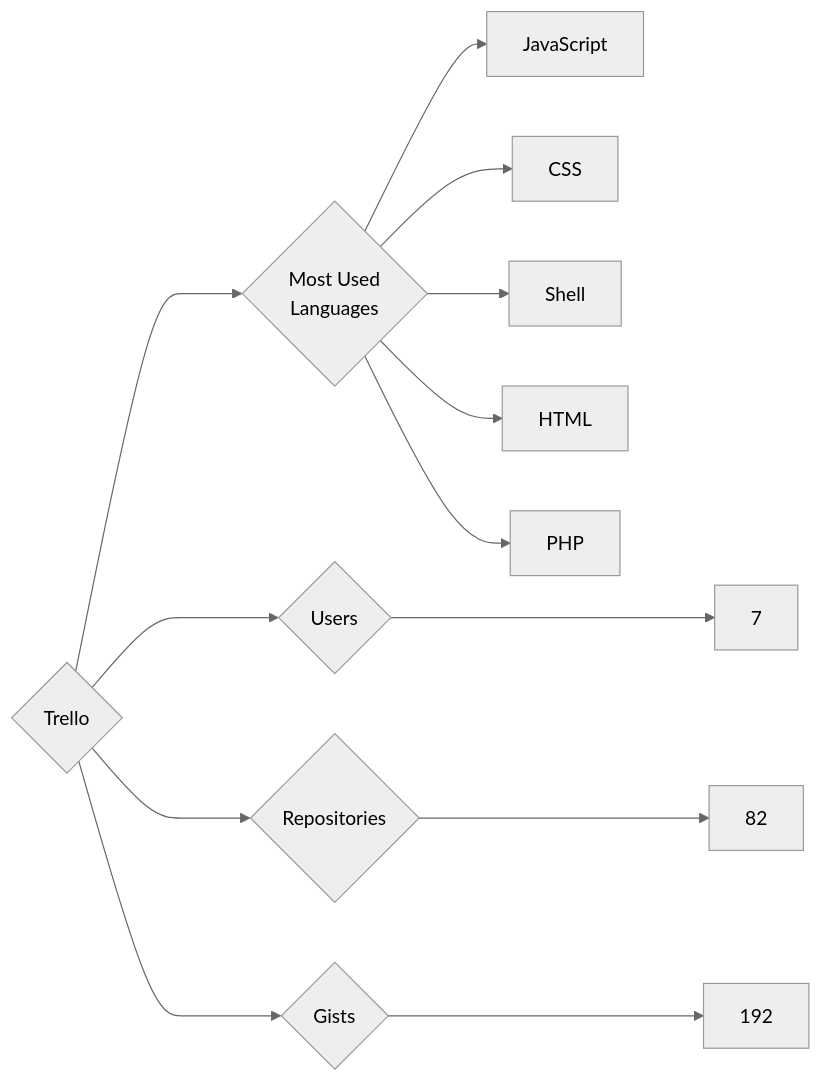
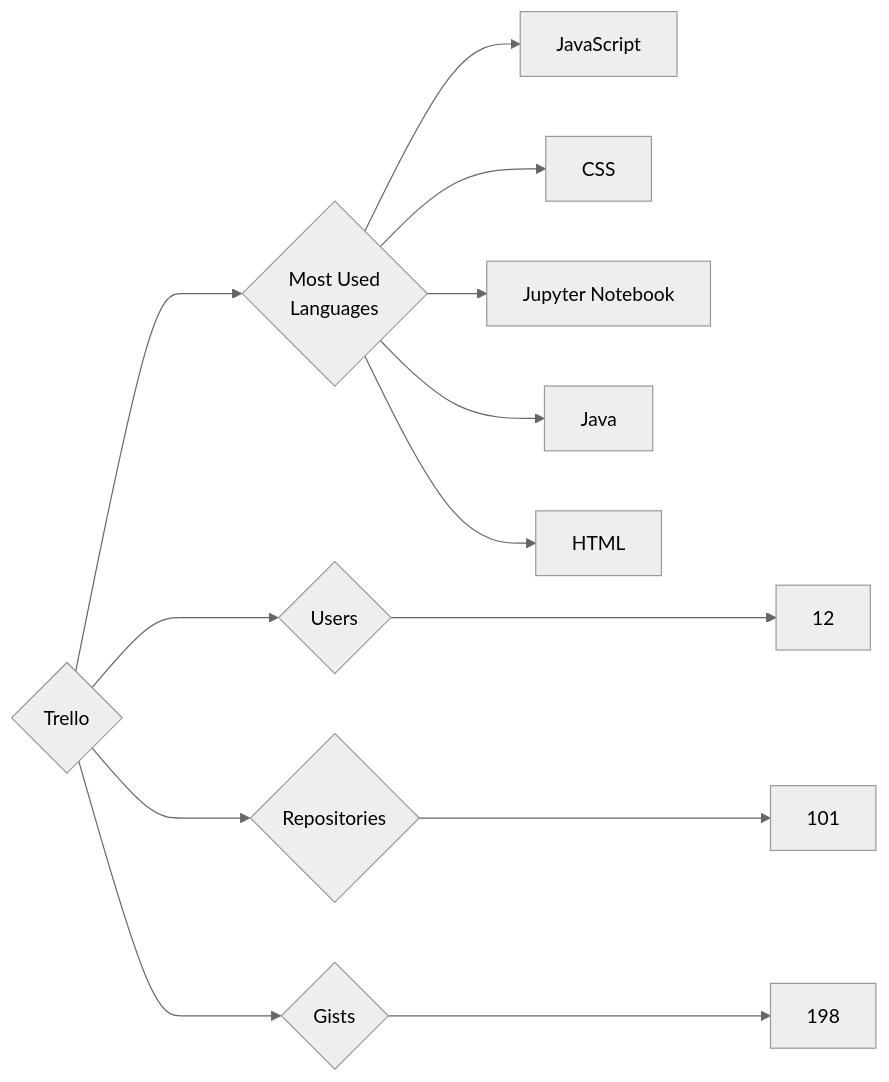
Before and after one commit to trickest/insiders: the diagram in targets/Trello/README.md, drawn with Mermaid (neutral theme). The commit also changed 796 other files, not shown here.

````diff
--- a/targets/Trello/README.md
+++ b/targets/Trello/README.md
@@ -3,13 +3,13 @@
 ```mermaid
 graph LR
 COMPANY_NAME{Trello}
-COMPANY_NAME ---> U{Users} ---> UN[7]
-COMPANY_NAME ---> R{Repositories} ---> RN[82]
-COMPANY_NAME ---> G{Gists} ---> GN[192]
+COMPANY_NAME ---> U{Users} ---> UN[12]
+COMPANY_NAME ---> R{Repositories} ---> RN[101]
+COMPANY_NAME ---> G{Gists} ---> GN[198]
 COMPANY_NAME ---> ML{Most Used<br>Languages}
 ML --> JavaScript[JavaScript]
 ML --> CSS[CSS]
-ML --> Shell[Shell]
+ML --> Jupyter_Notebook[Jupyter Notebook]
+ML --> Java[Java]
 ML --> HTML[HTML]
-ML --> PHP[PHP]
 ```
````
